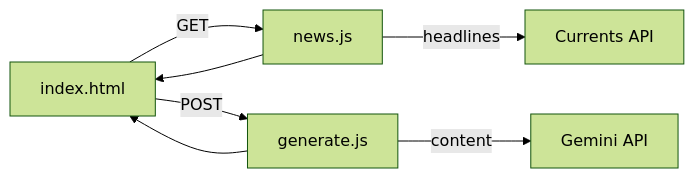
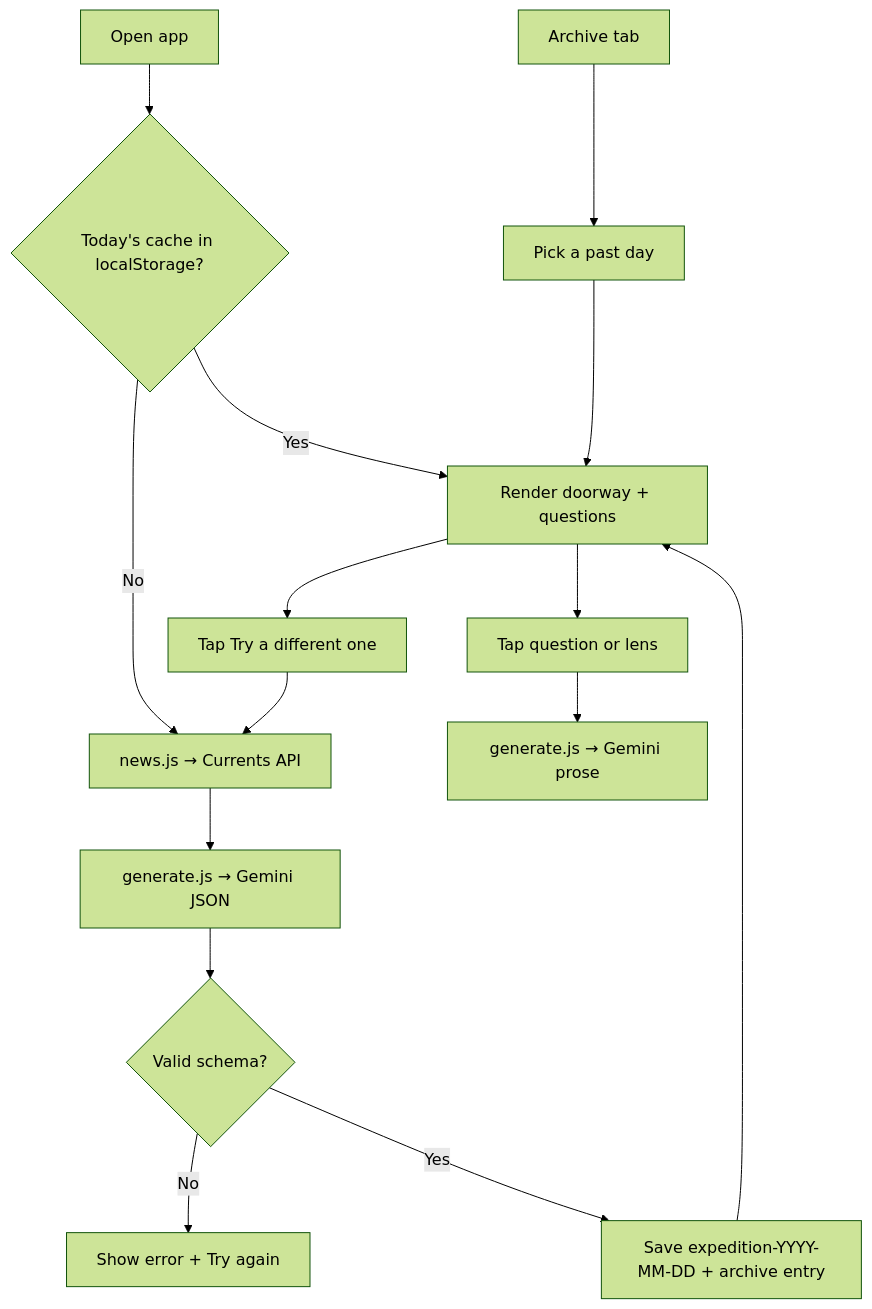
The diagram in README.md (saarthakg/daily-expedition), drawn with Mermaid (forest theme) before and after one commit. The commit also changed other lines of this file and 8 other files, not shown here.

````diff
--- a/README.md
+++ b/README.md
@@ -18,9 +23,17 @@
 ```mermaid
-flowchart LR
-  A[index.html] -->|GET| B[news.js]
-  B -->|headlines| C[Currents API]
-  A -->|POST| D[generate.js]
-  D -->|content| E[Gemini API]
-  B --> A
-  D --> A
+flowchart TD
+  A[Open app] --> B{Today's cache in localStorage?}
+  B -->|Yes| C[Render doorway + questions]
+  B -->|No| D[news.js → Currents API]
+  D --> E[generate.js → Gemini JSON]
+  E --> F{Valid schema?}
+  F -->|No| X[Show error + Try again]
+  F -->|Yes| G[Save expedition-YYYY-MM-DD + archive entry]
+  G --> C
+  C --> H[Tap question or lens]
+  H --> I[generate.js → Gemini prose]
+  C --> J["Tap Try a different one"]
+  J --> D
+  K[Archive tab] --> L[Pick a past day]
+  L --> C
 ```
````
